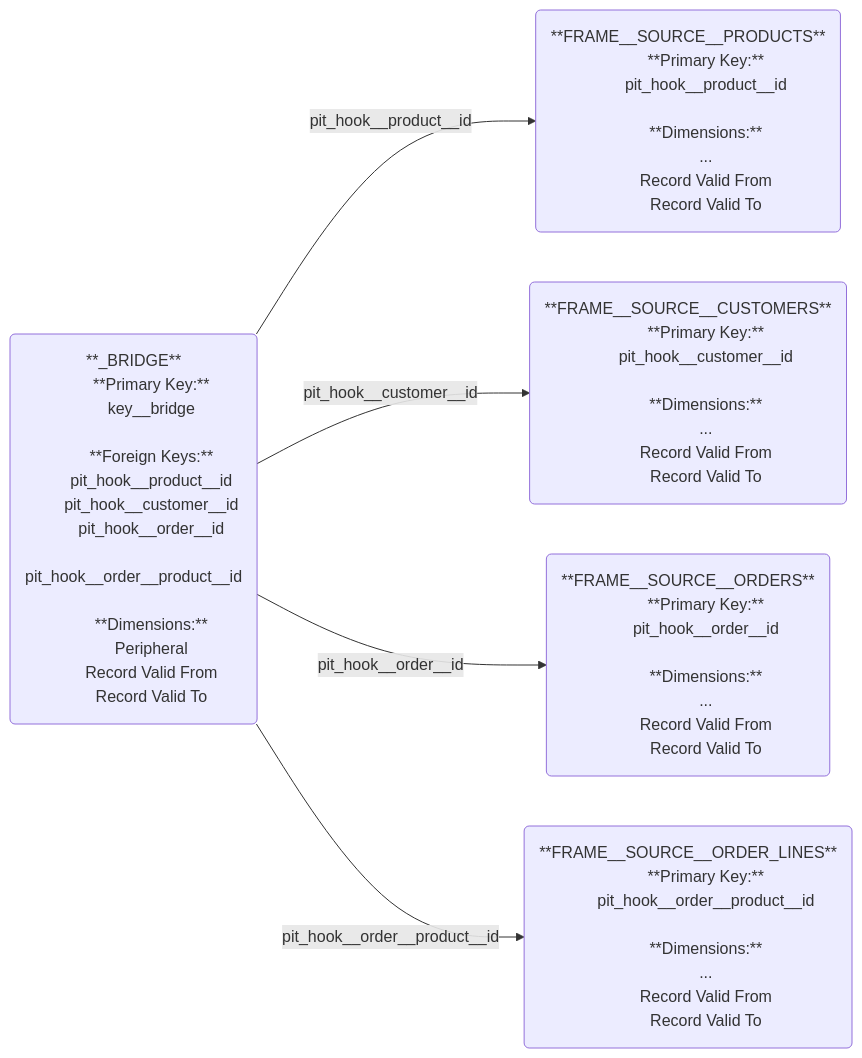
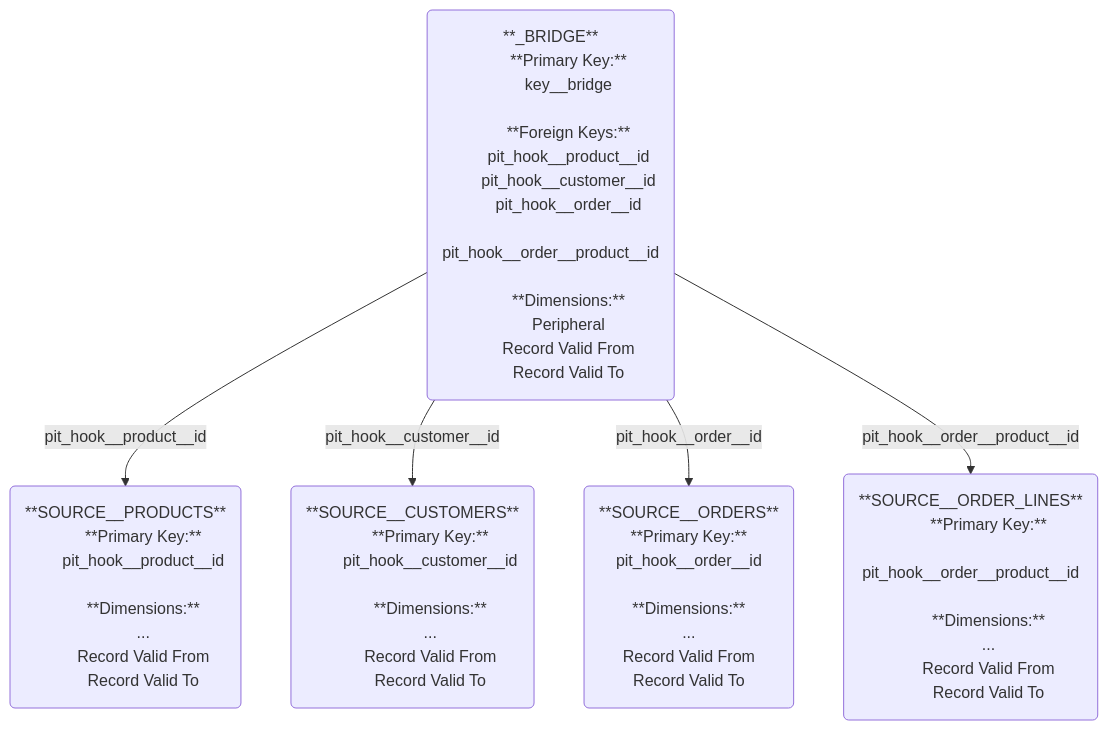
Before and after one commit to mattiasthalen/hook-forge: the second of 2 diagrams in test/fixtures/documentation.md, drawn with Mermaid. The commit also changed other lines of this file, not shown here.

Commit message:
Fix mermaid diagram syntax and update source labels in documentation

````diff
--- a/test/fixtures/documentation.md
+++ b/test/fixtures/documentation.md
@@ -54,70 +54,70 @@
 ```mermaid
-flowchart LR
+flowchart TD
     %% Entities
     bridge("
         **_BRIDGE**
         **Primary Key:**
         key__bridge
         &nbsp;
         **Foreign Keys:**
         pit_hook__product__id
         pit_hook__customer__id
         pit_hook__order__id
         pit_hook__order__product__id
         &nbsp;
         **Dimensions:**
         Peripheral
         Record Valid From
         Record Valid To
     ")
     source__products("
-        **FRAME__SOURCE__PRODUCTS**
+        **SOURCE__PRODUCTS**
         **Primary Key:**
         pit_hook__product__id
         &nbsp;
         **Dimensions:**
         ...
         Record Valid From
         Record Valid To
     ")
 
     source__customers("
-        **FRAME__SOURCE__CUSTOMERS**
+        **SOURCE__CUSTOMERS**
         **Primary Key:**
         pit_hook__customer__id
         &nbsp;
         **Dimensions:**
         ...
         Record Valid From
         Record Valid To
     ")
 
     source__orders("
-        **FRAME__SOURCE__ORDERS**
+        **SOURCE__ORDERS**
         **Primary Key:**
         pit_hook__order__id
         &nbsp;
         **Dimensions:**
         ...
         Record Valid From
         Record Valid To
     ")
 
     source__order_lines("
-        **FRAME__SOURCE__ORDER_LINES**
+        **SOURCE__ORDER_LINES**
         **Primary Key:**
         pit_hook__order__product__id
         &nbsp;
         **Dimensions:**
         ...
         Record Valid From
         Record Valid To
     ")
 
     %% Relations
     bridge -- pit_hook__product__id --> source__products
     bridge -- pit_hook__customer__id --> source__customers
     bridge -- pit_hook__order__id --> source__orders
     bridge -- pit_hook__order__product__id --> source__order_lines
 
 ```
````
